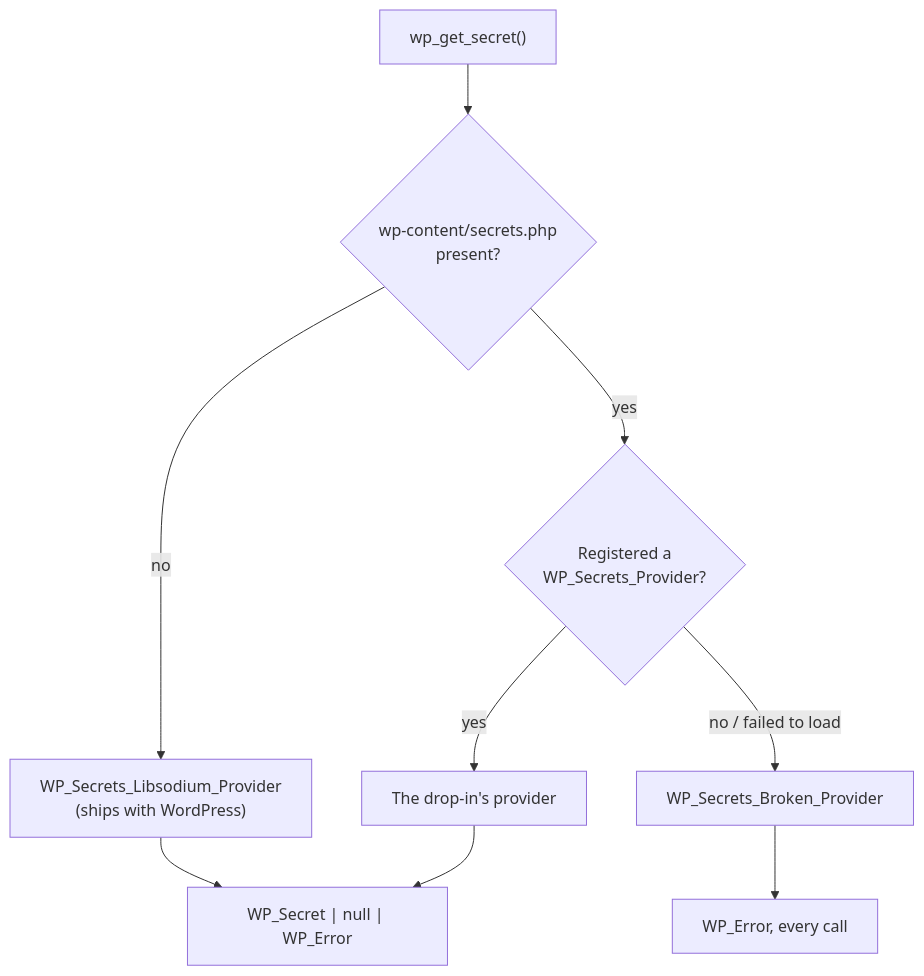
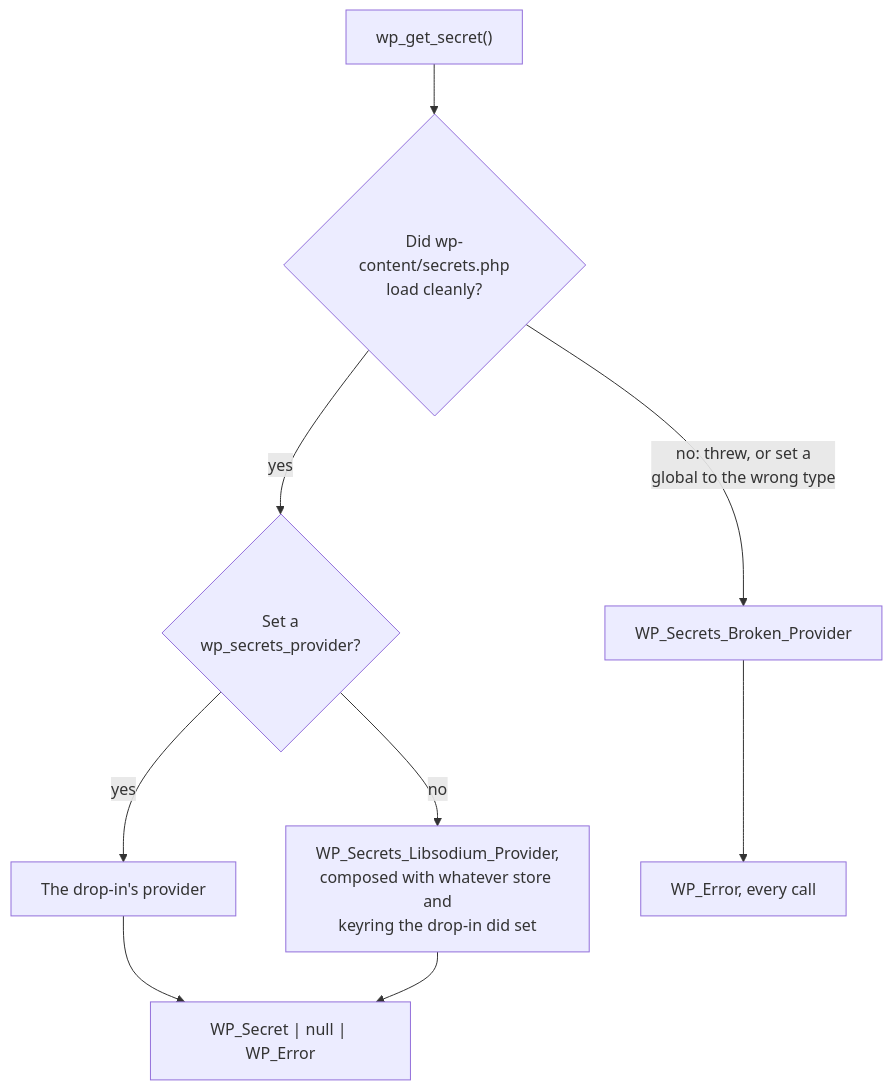
The diagram in docs/host-provider-model.md (ericmann/secrets-api), drawn with Mermaid before and after one commit. The commit also changed other lines of this file and 6 other files, not shown here.

````diff
--- a/docs/host-provider-model.md
+++ b/docs/host-provider-model.md
@@ -76,11 +76,11 @@
 ```mermaid
 flowchart TD
-    A["wp_get_secret()"] --> B{"wp-content/secrets.php<br/>present?"}
-    B -- no --> D["WP_Secrets_Libsodium_Provider<br/>(ships with WordPress)"]
-    B -- yes --> C{"Registered a<br/>WP_Secrets_Provider?"}
+    A["wp_get_secret()"] --> B{"Did wp-content/secrets.php<br/>load cleanly?"}
+    B -- "no: threw, or set a<br/>global to the wrong type" --> F["WP_Secrets_Broken_Provider"]
+    B -- yes --> C{"Set a<br/>wp_secrets_provider?"}
     C -- yes --> E["The drop-in's provider"]
-    C -- "no / failed to load" --> F["WP_Secrets_Broken_Provider"]
-    D --> G["WP_Secret | null | WP_Error"]
-    E --> G
+    C -- no --> D["WP_Secrets_Libsodium_Provider,<br/>composed with whatever store and<br/>keyring the drop-in did set"]
+    E --> G["WP_Secret | null | WP_Error"]
+    D --> G
     F --> H["WP_Error, every call"]
 ```
````
